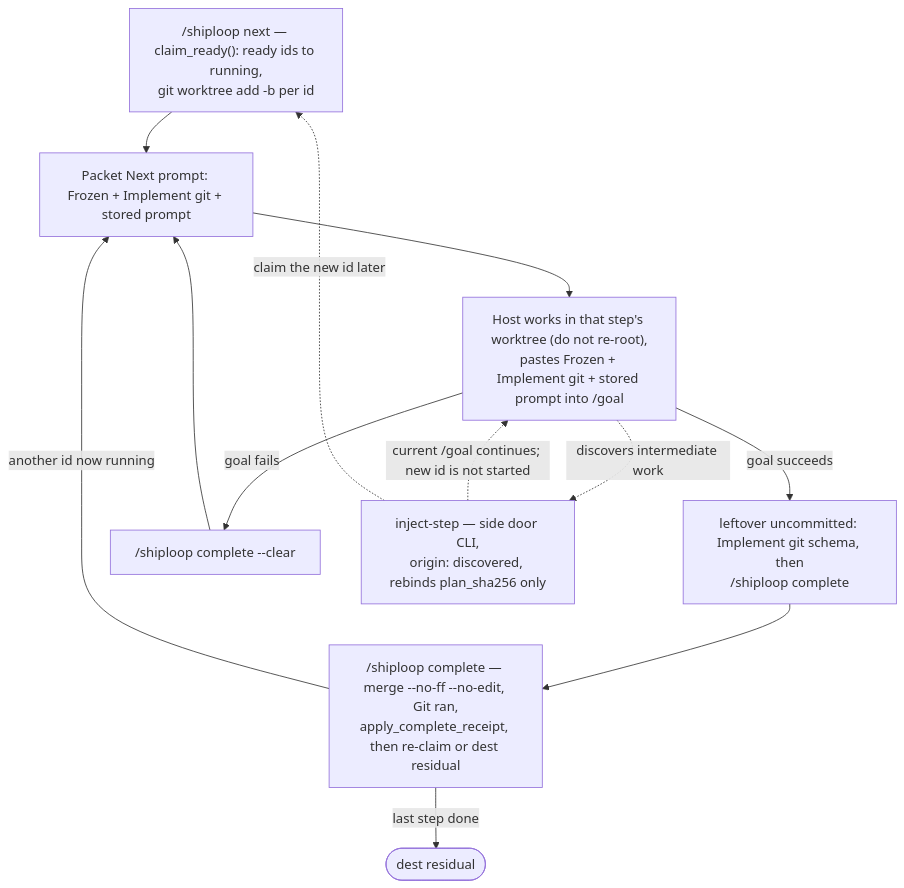
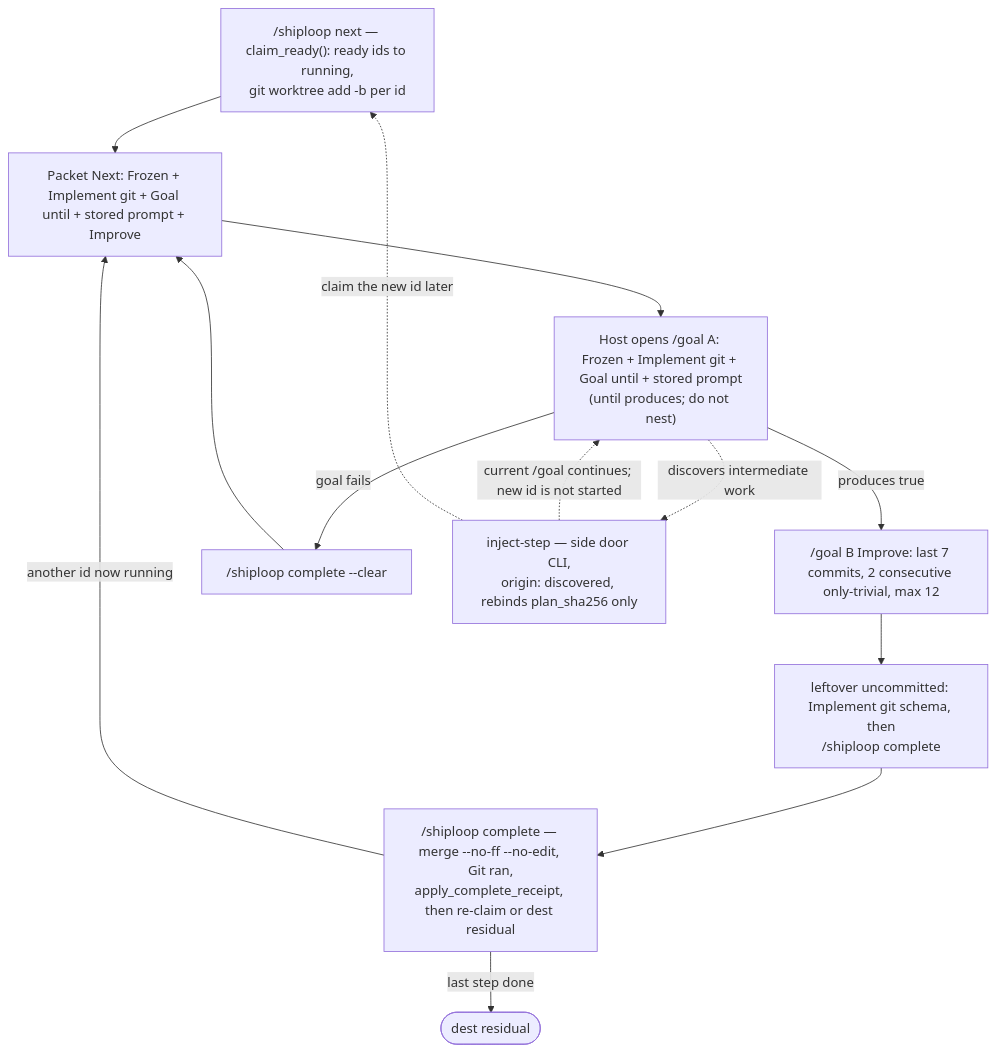
The fourth of 5 diagrams in skills/shiploop/README.md (whichguy/skill-craft), drawn with Mermaid before and after one commit. The commit also changed other lines of this file and 16 other files, not shown here.

````diff
--- a/skills/shiploop/README.md
+++ b/skills/shiploop/README.md
@@ -334,14 +338,15 @@
 ```mermaid
 flowchart TD
-  next["/shiploop next — claim_ready(): ready ids to running,\ngit worktree add -b per id"] --> printed["Packet Next prompt: Frozen + Implement git + stored prompt"]
-  printed --> gwork["Host works in that step's worktree (do not re-root),\npastes Frozen + Implement git + stored prompt into /goal"]
-  gwork -->|goal succeeds| cm["leftover uncommitted: Implement git schema, then\n/shiploop complete"]
+  next["/shiploop next — claim_ready(): ready ids to running,\ngit worktree add -b per id"] --> printed["Packet Next: Frozen + Implement git + Goal until + stored prompt + Improve"]
+  printed --> gwork["Host opens /goal A: Frozen + Implement git + Goal until + stored prompt\n(until produces; do not nest)"]
+  gwork -->|produces true| improve["/goal B Improve: last 7 commits, 2 consecutive only-trivial, max 12"]
+  improve --> cm["leftover uncommitted: Implement git schema, then\n/shiploop complete"]
   cm --> complete["/shiploop complete — merge --no-ff --no-edit, Git ran,\napply_complete_receipt, then re-claim or dest residual"]
   complete -->|another id now running| printed
   complete -->|last step done| residual([dest residual])
   gwork -->|goal fails| clear["/shiploop complete --clear"]
   clear --> printed
   gwork -.->|discovers intermediate work| inject["inject-step — side door CLI,\norigin: discovered, rebinds plan_sha256 only"]
   inject -.->|current /goal continues; new id is not started| gwork
   inject -.->|claim the new id later| next
 ```
````
